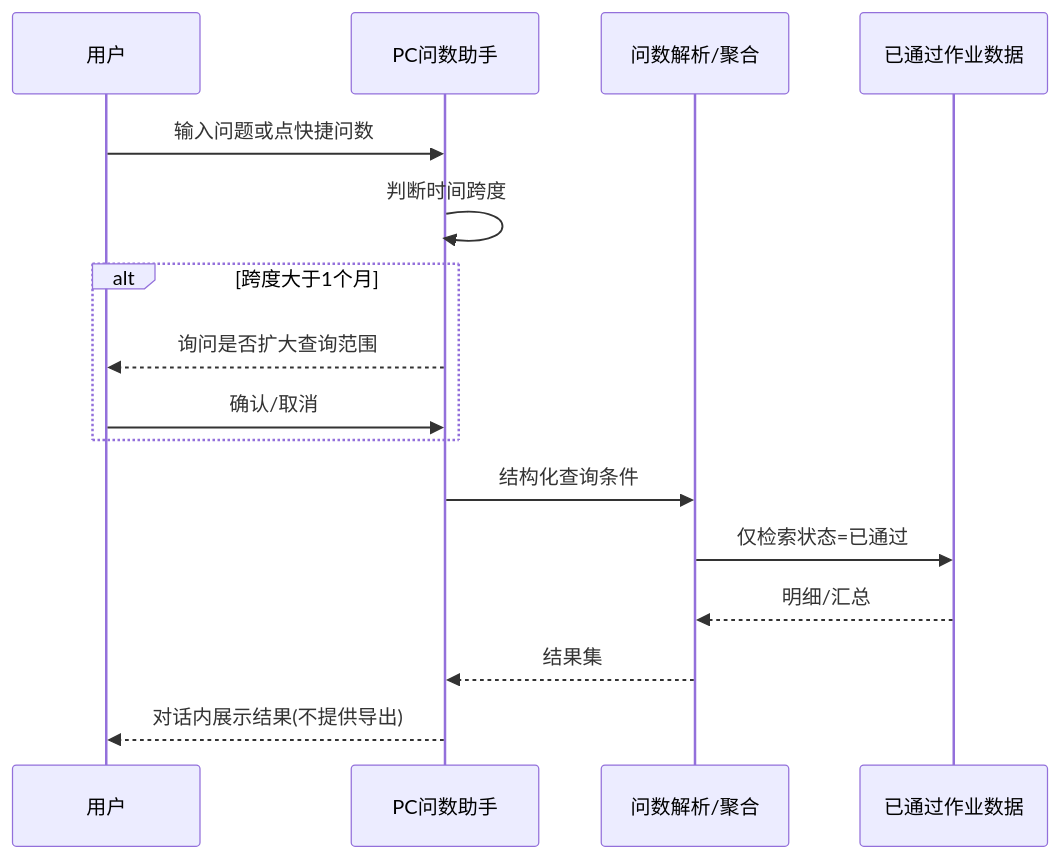
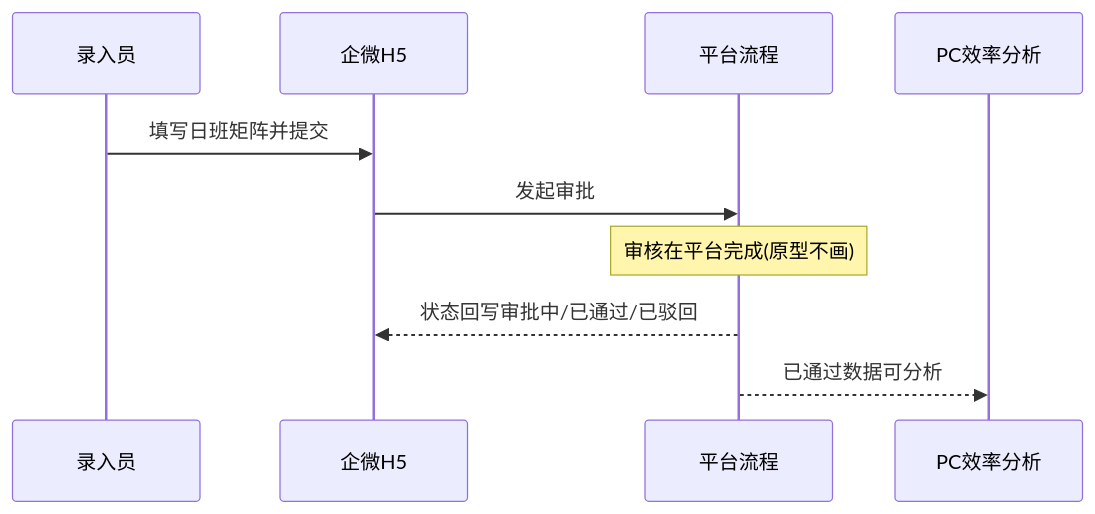
Before and after one commit to liaoliao66/TOS: the fifth of 6 diagrams in docs/versions/v1.0.0/prd.md, drawn with Mermaid. The commit also changed other lines of this file and 15 other files, not shown here.

````diff
--- a/docs/versions/v1.0.0/prd.md
+++ b/docs/versions/v1.0.0/prd.md
@@ -193,19 +196,13 @@
 ```mermaid
 sequenceDiagram
-    participant U as 用户
-    participant UI as PC问数助手
-    participant Q as 问数解析/聚合
-    participant DB as 已通过作业数据
+    participant U as 录入员
+    participant WX as 企微H5
+    participant P as 平台流程
+    participant PC as PC效率分析
 
-    U->>UI: 输入问题或点快捷问数
-    UI->>UI: 判断时间跨度
-    alt 跨度大于1个月
-        UI-->>U: 询问是否扩大查询范围
-        U->>UI: 确认/取消
-    end
-    UI->>Q: 结构化查询条件
-    Q->>DB: 仅检索状态=已通过
-    DB-->>Q: 明细/汇总
-    Q-->>UI: 结果集
-    UI-->>U: 对话内展示结果(不提供导出)
+    U->>WX: 填写日班矩阵并提交
+    WX->>P: 发起审批
+    Note over P: 审核在平台完成(原型不画)
+    P-->>WX: 状态回写审批中/已通过/已驳回
+    P-->>PC: 已通过数据可分析
 ```
````
